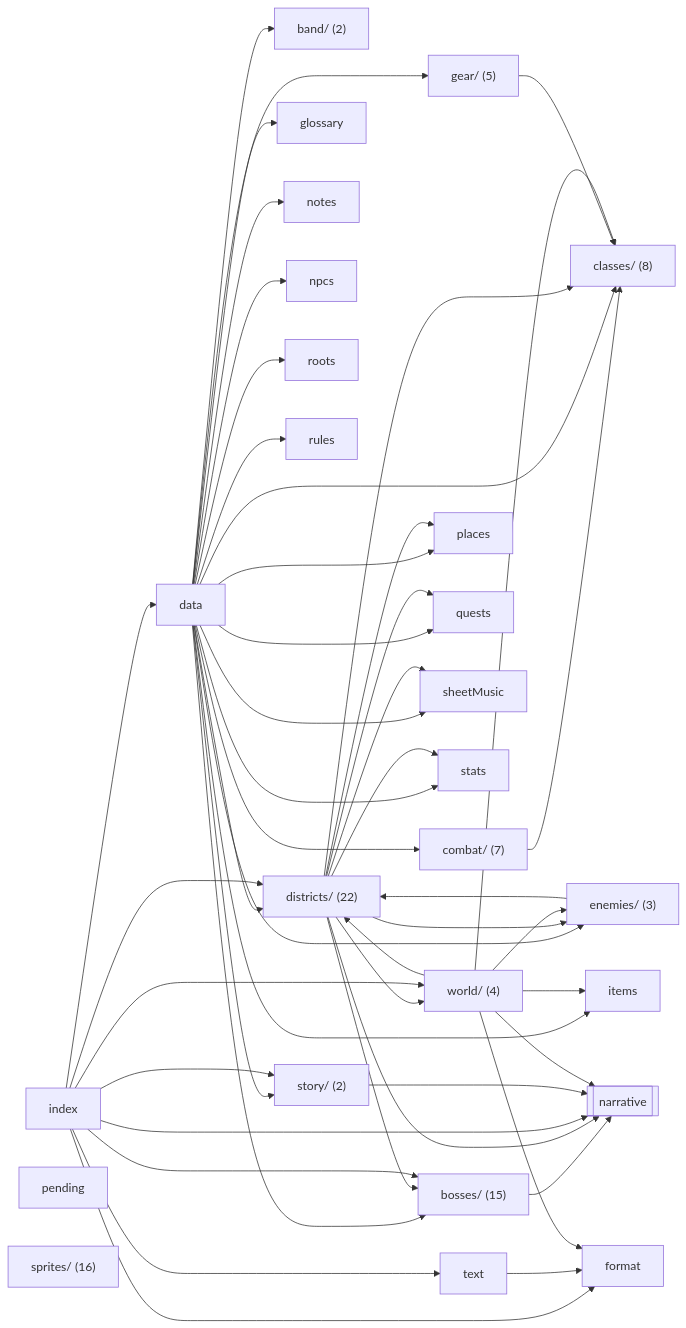
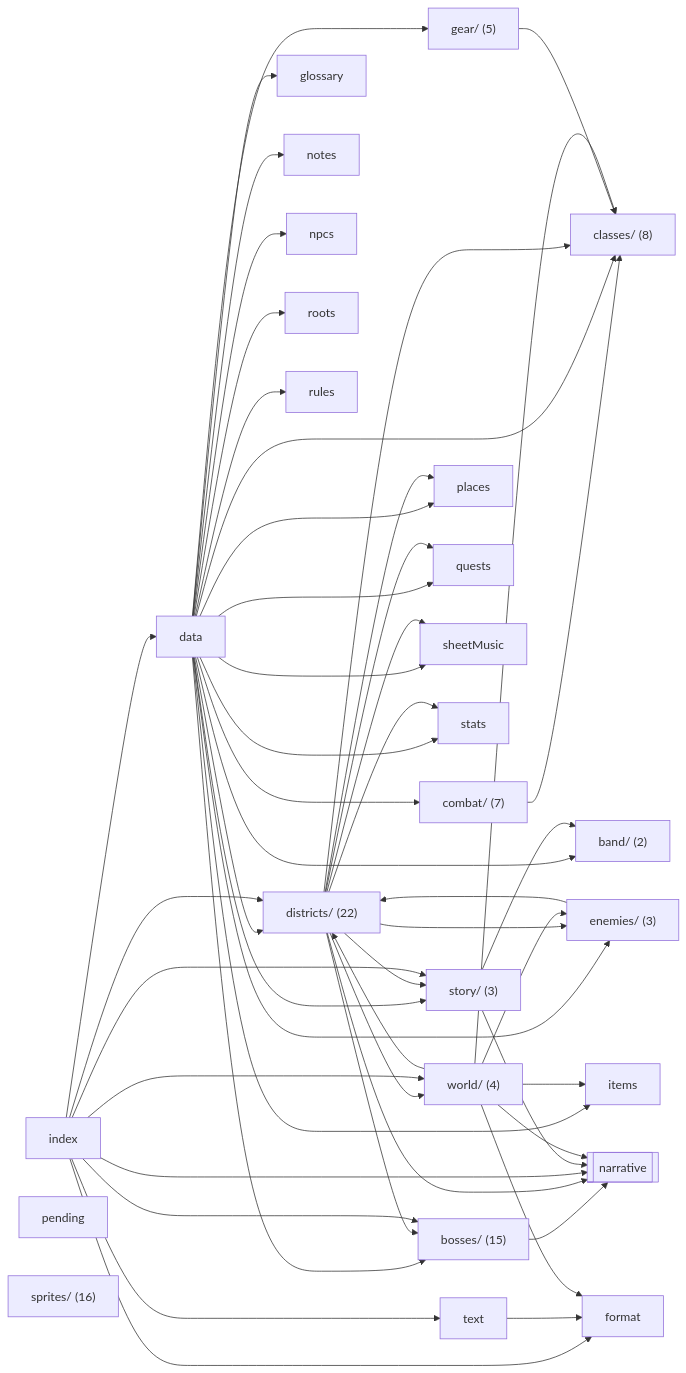
One commit to OrangeB0lt/Cyber-funk changed the diagram in docs/reference/code-map/content.md. Above: the diagram before and after it, drawn with Mermaid. The commit also changed other lines of this file and 6 other files, not shown here.

````diff
--- a/docs/reference/code-map/content.md
+++ b/docs/reference/code-map/content.md
@@ -11,76 +11,78 @@
 ```mermaid
 flowchart LR
   n_band_["band/ (2)"]
   n_bosses_["bosses/ (15)"]
   n_classes_["classes/ (8)"]
   n_combat_["combat/ (7)"]
   n_data["data"]
   n_districts_["districts/ (22)"]
   n_enemies_["enemies/ (3)"]
   n_format["format"]
   n_gear_["gear/ (5)"]
   n_glossary["glossary"]
   n_index["index"]
   n_items["items"]
   n_notes["notes"]
   n_npcs["npcs"]
   n_pending["pending"]
   n_places["places"]
   n_quests["quests"]
   n_roots["roots"]
   n_rules["rules"]
   n_sheetMusic["sheetMusic"]
   n_sprites_["sprites/ (16)"]
   n_stats["stats"]
-  n_story_["story/ (2)"]
+  n_story_["story/ (3)"]
   n_text["text"]
   n_world_["world/ (4)"]
   n_ext_narrative[["narrative"]]
   n_bosses_ --> n_ext_narrative
   n_combat_ --> n_classes_
   n_data --> n_band_
   n_data --> n_bosses_
   n_data --> n_classes_
   n_data --> n_combat_
   n_data --> n_districts_
   n_data --> n_enemies_
   n_data --> n_gear_
   n_data --> n_glossary
   n_data --> n_items
   n_data --> n_notes
   n_data --> n_npcs
   n_data --> n_places
   n_data --> n_quests
   n_data --> n_roots
   n_data --> n_rules
   n_data --> n_sheetMusic
   n_data --> n_stats
   n_data --> n_story_
   n_districts_ --> n_bosses_
   n_districts_ --> n_classes_
   n_districts_ --> n_enemies_
   n_districts_ --> n_ext_narrative
   n_districts_ --> n_places
   n_districts_ --> n_quests
   n_districts_ --> n_sheetMusic
   n_districts_ --> n_stats
+  n_districts_ --> n_story_
   n_districts_ --> n_world_
   n_enemies_ --> n_districts_
   n_gear_ --> n_classes_
   n_index --> n_bosses_
   n_index --> n_data
   n_index --> n_districts_
   n_index --> n_ext_narrative
   n_index --> n_format
   n_index --> n_story_
   n_index --> n_text
   n_index --> n_world_
+  n_story_ --> n_band_
   n_story_ --> n_ext_narrative
   n_text --> n_format
   n_world_ --> n_classes_
   n_world_ --> n_districts_
   n_world_ --> n_enemies_
   n_world_ --> n_ext_narrative
   n_world_ --> n_format
   n_world_ --> n_items
 ```
````
